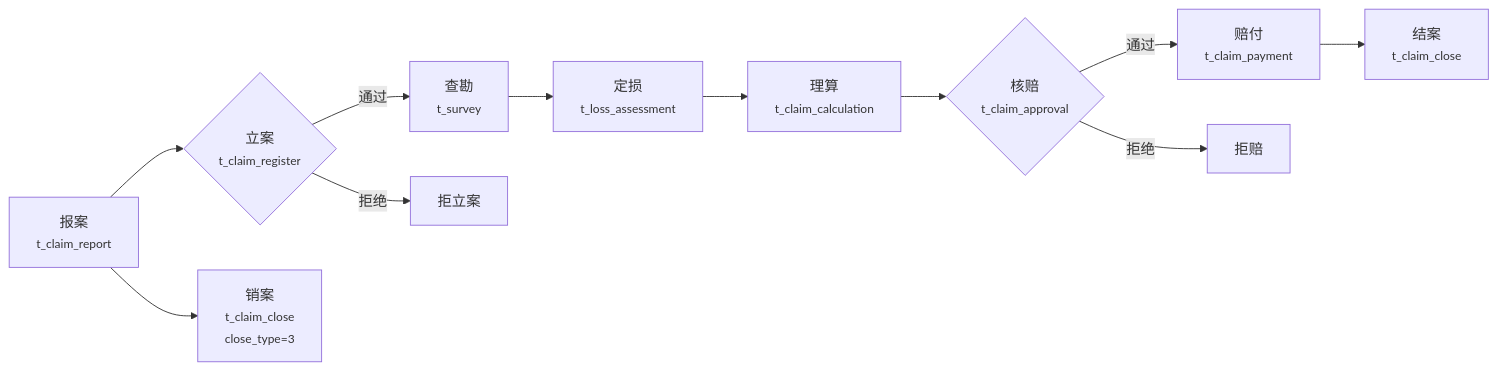
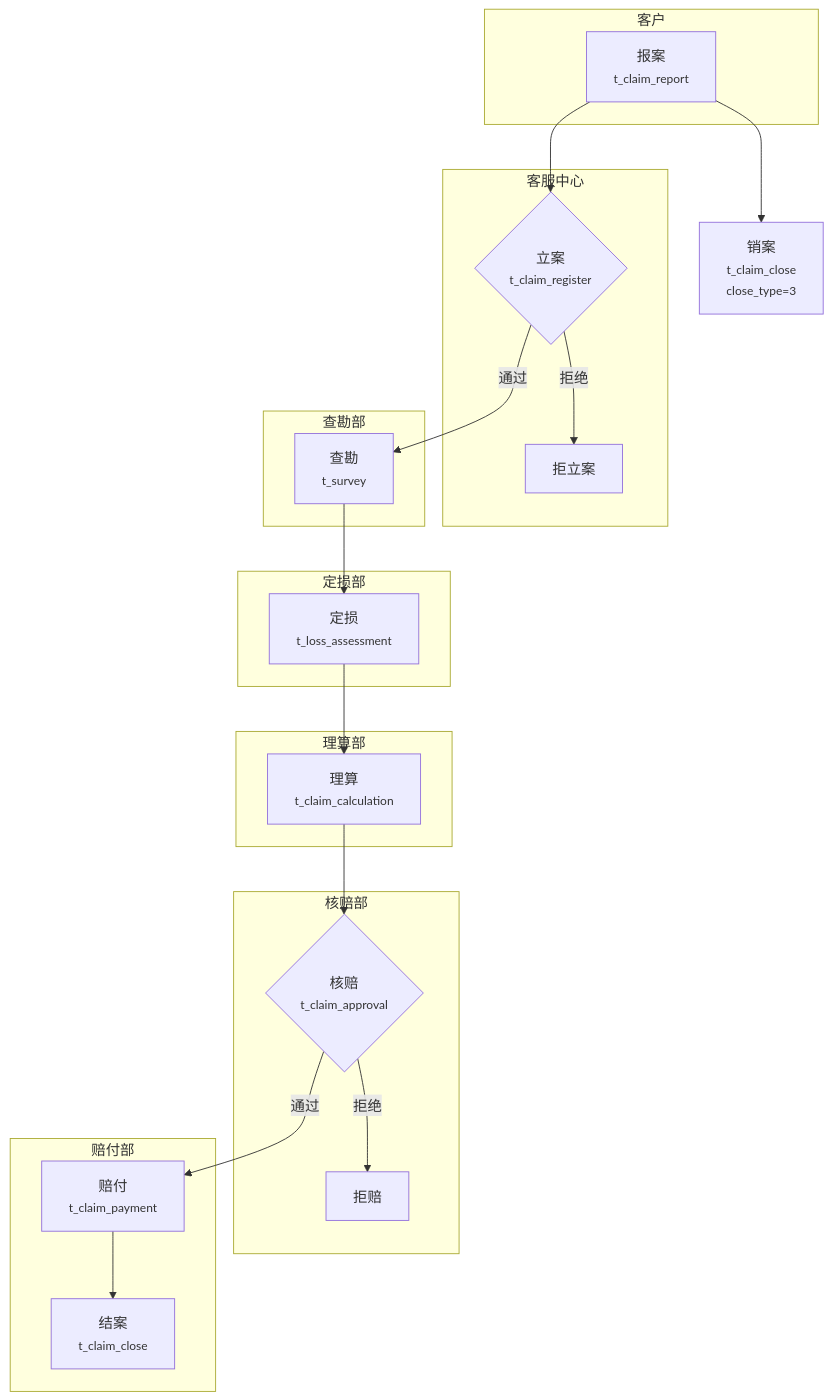
The second of 2 diagrams in Data-Profiling/sub-skills/SKILL-step1-biz-process.md (Niliria/data-skills), drawn with Mermaid before and after one commit. The commit also changed other lines of this file and 8 other files, not shown here.

````diff
--- a/Data-Profiling/sub-skills/SKILL-step1-biz-process.md
+++ b/Data-Profiling/sub-skills/SKILL-step1-biz-process.md
@@ -333,25 +302,38 @@
 ```mermaid
-flowchart LR
-    A["报案<br/><small>t_claim_report</small>"]
-    B{"立案<br/><small>t_claim_register</small>"}
-    C["查勘<br/><small>t_survey</small>"]
-    D["定损<br/><small>t_loss_assessment</small>"]
-    E["理算<br/><small>t_claim_calculation</small>"]
-    F{"核赔<br/><small>t_claim_approval</small>"}
-    G["赔付<br/><small>t_claim_payment</small>"]
-    H["结案<br/><small>t_claim_close</small>"]
-    B1["拒立案"]
-    F1["拒赔"]
-    K["销案<br/><small>t_claim_close<br/>close_type=3</small>"]
+flowchart TB
+    subgraph 客户
+        A["报案<br/><small>t_claim_report</small>"]
+    end
+    subgraph 客服中心
+        B{"立案<br/><small>t_claim_register</small>"}
+        B1["拒立案"]
+    end
+    subgraph 查勘部
+        C["查勘<br/><small>t_survey</small>"]
+    end
+    subgraph 定损部
+        D["定损<br/><small>t_loss_assessment</small>"]
+    end
+    subgraph 理算部
+        E["理算<br/><small>t_claim_calculation</small>"]
+    end
+    subgraph 核赔部
+        F{"核赔<br/><small>t_claim_approval</small>"}
+        F1["拒赔"]
+    end
+    subgraph 赔付部
+        G["赔付<br/><small>t_claim_payment</small>"]
+        H["结案<br/><small>t_claim_close</small>"]
+    end
 
     A --> B
     B -->|通过| C
     B -->|拒绝| B1
     C --> D
     D --> E
     E --> F
     F -->|通过| G
     F -->|拒绝| F1
     G --> H
-    A --> K
+    A --> K["销案<br/><small>t_claim_close<br/>close_type=3</small>"]
 ```
````
